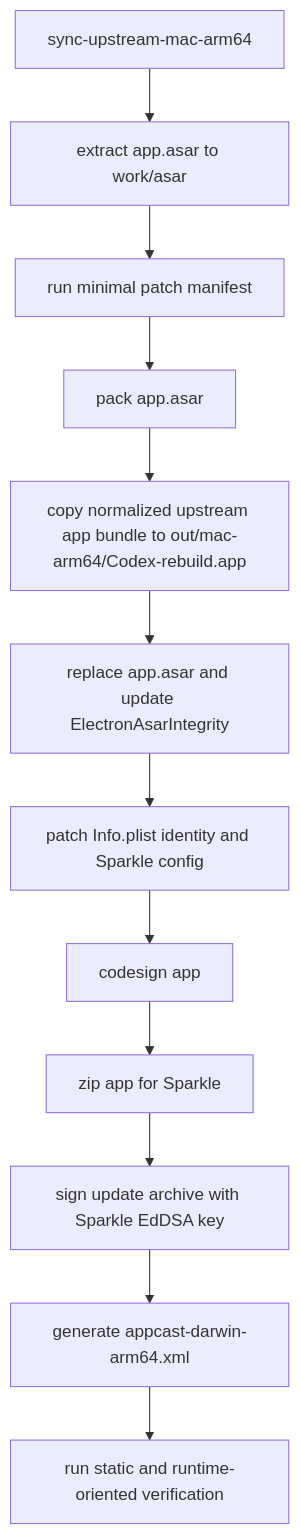
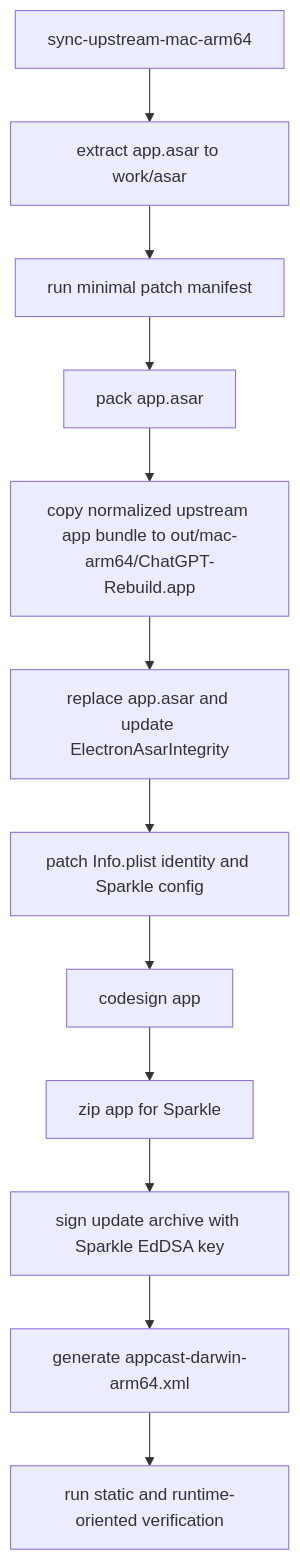
One commit to itstarts/codex-app-rebuild changed the diagram in doc/design.md. Above: the diagram before and after it, drawn with Mermaid. The commit also changed other lines of this file and 6 other files, not shown here.

Commit message:
feat: 将重构应用名称改为 ChatGPT-Rebuild

````diff
--- a/doc/design.md
+++ b/doc/design.md
@@ -17,14 +17,14 @@
 ```mermaid
 flowchart TD
   A["sync-upstream-mac-arm64"] --> B["extract app.asar to work/asar"]
   B --> C["run minimal patch manifest"]
   C --> D["pack app.asar"]
-  D --> E["copy normalized upstream app bundle to out/mac-arm64/Codex-rebuild.app"]
+  D --> E["copy normalized upstream app bundle to out/mac-arm64/ChatGPT-Rebuild.app"]
   E --> F["replace app.asar and update ElectronAsarIntegrity"]
   F --> G["patch Info.plist identity and Sparkle config"]
   G --> H["codesign app"]
   H --> I["zip app for Sparkle"]
   I --> J["sign update archive with Sparkle EdDSA key"]
   J --> K["generate appcast-darwin-arm64.xml"]
   K --> L["run static and runtime-oriented verification"]
 ```
````
